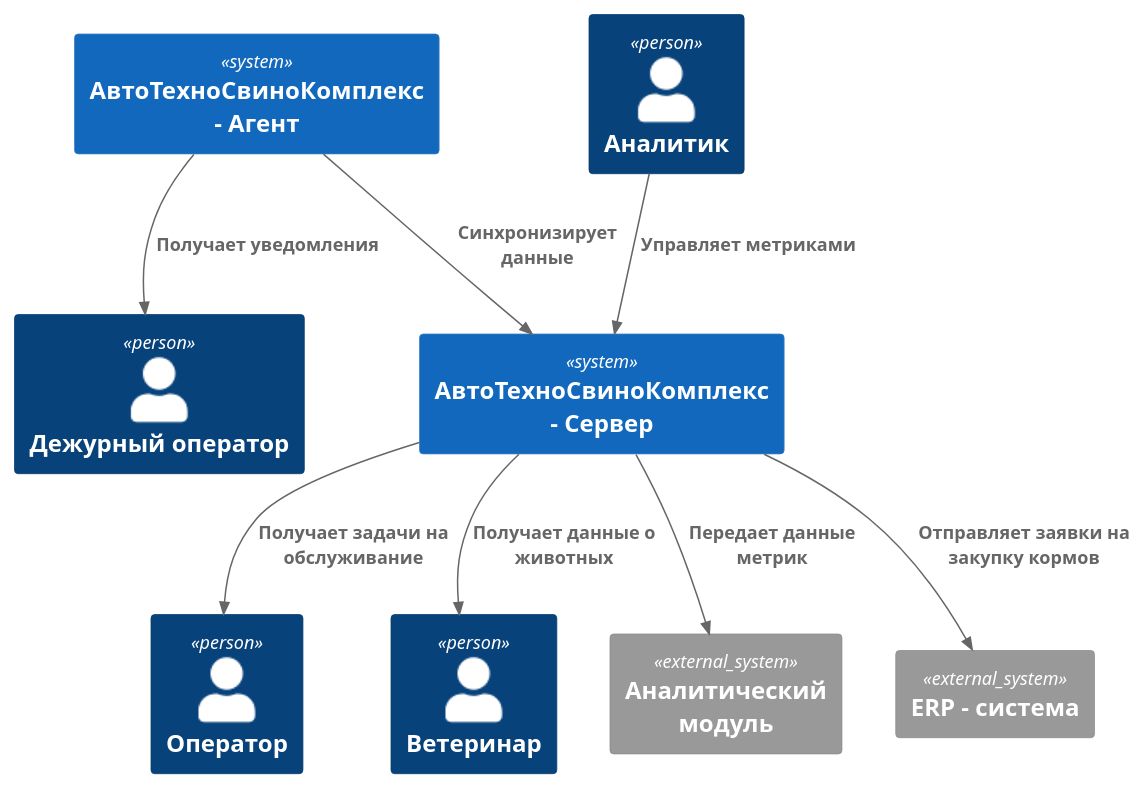
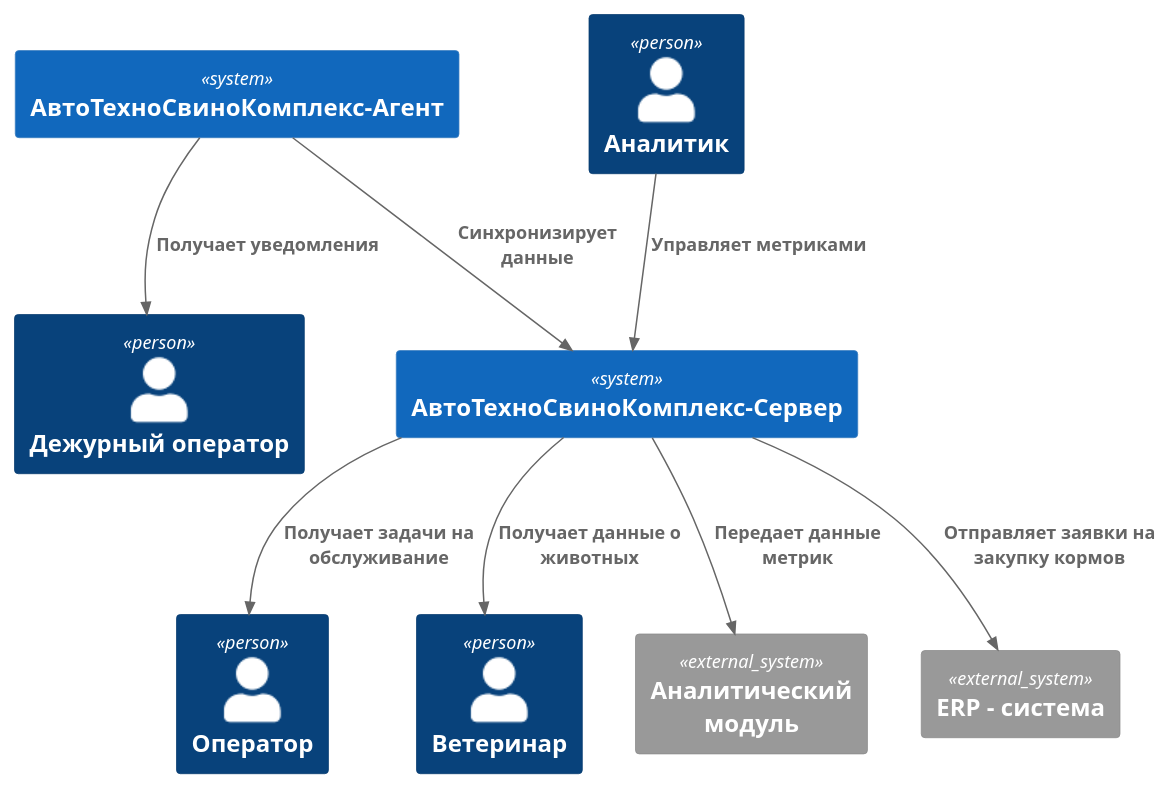
The diagram in Task1/ATCK_C4_Context.puml (mirray/MSA-AgroTech), drawn with PlantUML before and after one commit. The commit also changed 1 other file, not shown here.

```diff
--- a/Task1/ATCK_C4_Context.puml
+++ b/Task1/ATCK_C4_Context.puml
@@ -1,23 +1,23 @@
 @startuml Архитектура_АвтоТехноСвиноКомплекс_v1
 !include https://raw.githubusercontent.com/plantuml-stdlib/C4-PlantUML/master/C4_Context.puml
 
 Person(duty_operator, "Дежурный оператор")
 Person(operator, "Оператор")
 Person(analytic, "Аналитик")
 Person(vet, "Ветеринар")
 
-System(atck_agent, "АвтоТехноСвиноКомплекс - Агент")
-System(atck_server, "АвтоТехноСвиноКомплекс - Сервер")
+System(atck_agent, "АвтоТехноСвиноКомплекс-Агент")
+System(atck_server, "АвтоТехноСвиноКомплекс-Сервер")
 Rel(atck_agent, atck_server, "Синхронизирует данные")
 
 Rel(atck_agent, duty_operator, "Получает уведомления")
 Rel(atck_server, operator, "Получает задачи на обслуживание")
 Rel(atck_server, vet, "Получает данные о животных")
 Rel(analytic, atck_server, "Управляет метриками")
 
 System_Ext(analytic_module, "Аналитический модуль")
 System_Ext(erp, "ERP - система")
 
 Rel(atck_server, analytic_module, "Передает данные метрик")
 Rel(atck_server, erp, "Отправляет заявки на закупку кормов")
 @enduml
```
